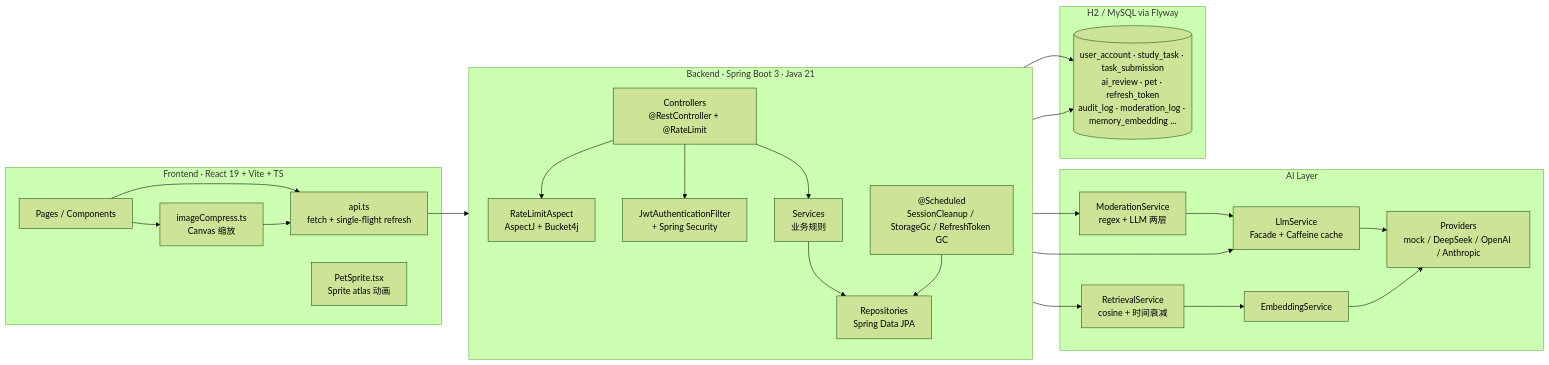
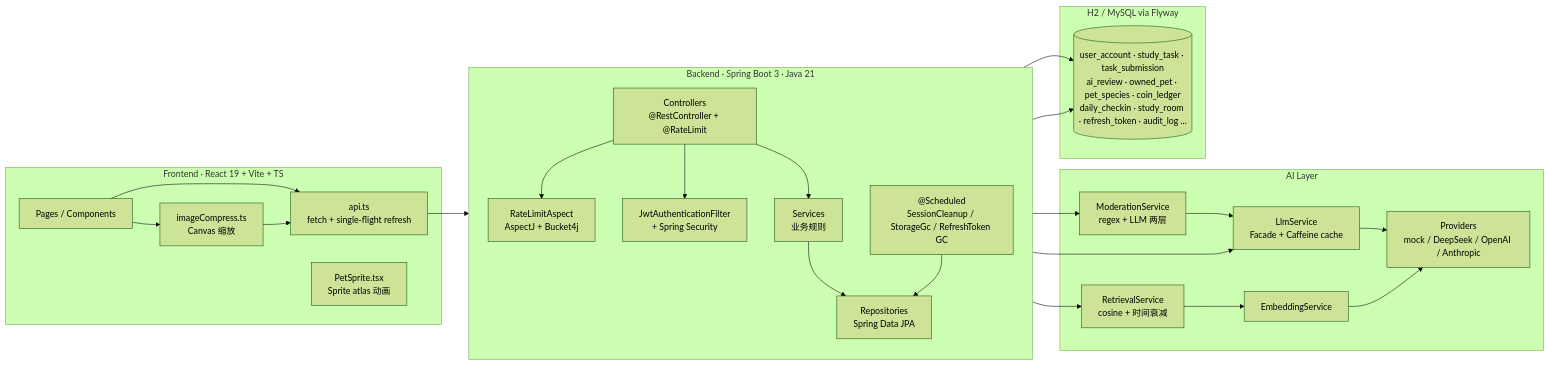
The first of 11 diagrams in docs/CODE_WALKTHROUGH.md (xiaoran7/soulous), drawn with Mermaid (forest theme) before and after one commit. The commit also changed other lines of this file and 103 other files, not shown here.

````diff
--- a/docs/CODE_WALKTHROUGH.md
+++ b/docs/CODE_WALKTHROUGH.md
@@ -15,42 +15,42 @@
 ```mermaid
 flowchart LR
     subgraph FE["Frontend · React 19 + Vite + TS"]
       UI["Pages / Components"]
       API["api.ts<br/>fetch + single-flight refresh"]
       IMG["imageCompress.ts<br/>Canvas 缩放"]
       SPR["PetSprite.tsx<br/>Sprite atlas 动画"]
     end
 
     subgraph BE["Backend · Spring Boot 3 · Java 21"]
       direction TB
       C["Controllers<br/>@RestController + @RateLimit"]
       S["Services<br/>业务规则"]
       R["Repositories<br/>Spring Data JPA"]
       AOP["RateLimitAspect<br/>AspectJ + Bucket4j"]
       SEC["JwtAuthenticationFilter<br/>+ Spring Security"]
       SCH["@Scheduled<br/>SessionCleanup / StorageGc / RefreshToken GC"]
     end
 
     subgraph AI["AI Layer"]
       LLM["LlmService<br/>Facade + Caffeine cache"]
       MOD["ModerationService<br/>regex + LLM 两层"]
       EMB["EmbeddingService"]
       RAG["RetrievalService<br/>cosine + 时间衰减"]
       PROV["Providers<br/>mock / DeepSeek / OpenAI / Anthropic"]
     end
 
     subgraph DB["H2 / MySQL via Flyway"]
-      Tables[("user_account · study_task · task_submission<br/>ai_review · pet · refresh_token<br/>audit_log · moderation_log · memory_embedding ...")]
+      Tables[("user_account · study_task · task_submission<br/>ai_review · owned_pet · pet_species · coin_ledger<br/>daily_checkin · study_room · refresh_token · audit_log ...")]
     end
 
     UI --> API --> C
     UI --> IMG --> API
     C --> AOP
     C --> SEC
     C --> S --> R --> Tables
     S --> LLM --> PROV
     S --> MOD --> LLM
     S --> RAG --> EMB --> PROV
     R --> Tables
     SCH --> R
 ```
````
